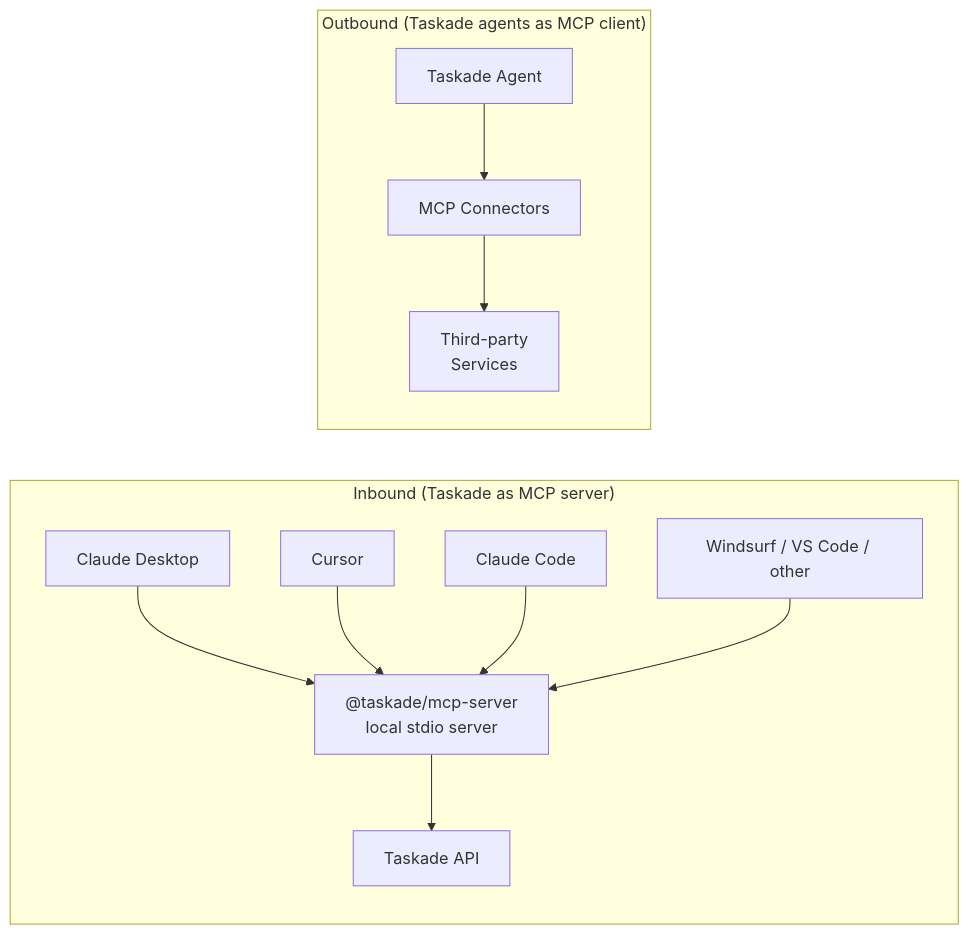
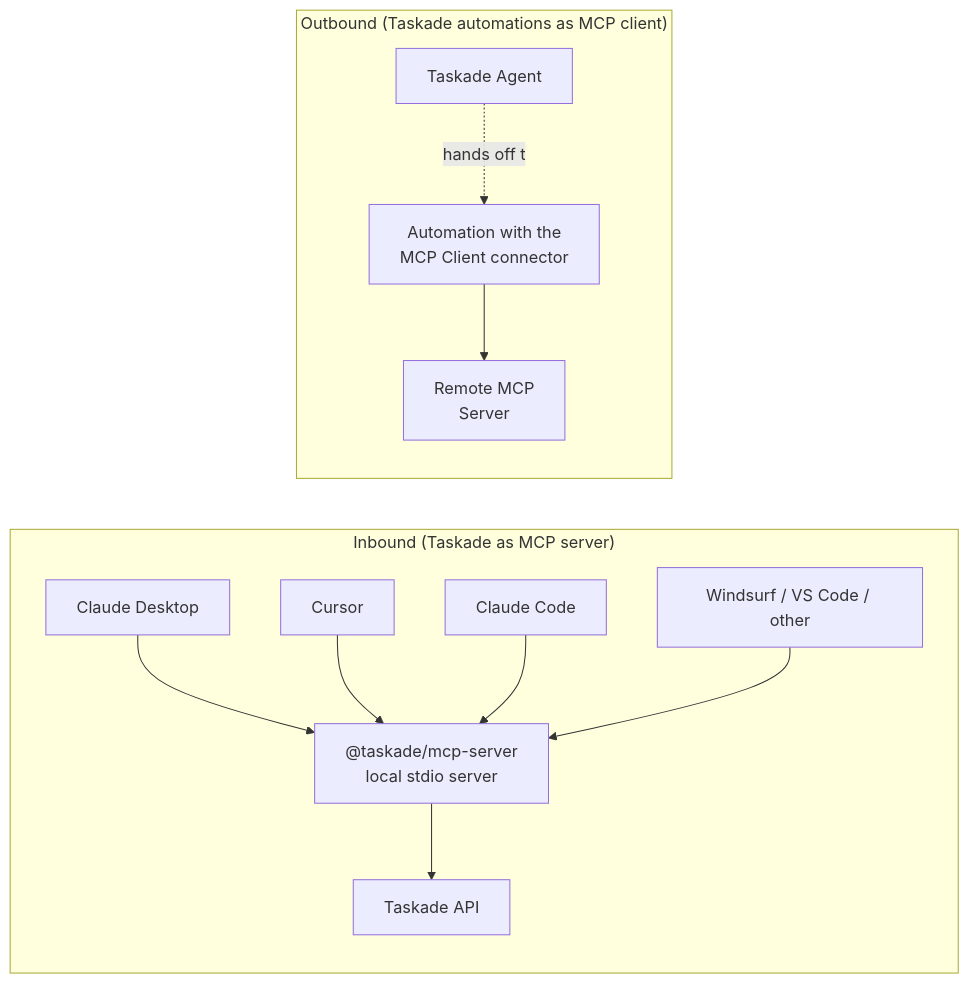
The diagram in apis-living-system-development/workspace-mcp-advanced.md (taskade/docs), drawn with Mermaid before and after one commit. The commit also changed other lines of this file and 99 other files, not shown here.

Commit message:
docs(agents): Add a Connect an AI Agent path and bring the developer and MCP pages up to date (#110)

````diff
--- a/apis-living-system-development/workspace-mcp-advanced.md
+++ b/apis-living-system-development/workspace-mcp-advanced.md
@@ -29,25 +14,25 @@
 ```mermaid
 graph LR
     subgraph "Inbound (Taskade as MCP server)"
         direction TB
         CLIENT1[Claude Desktop]
         CLIENT2[Cursor]
         CLIENT3[Claude Code]
         CLIENT4[Windsurf / VS Code / other]
         MCP_LOCAL["@taskade/mcp-server<br/>local stdio server"]
         CLIENT1 --> MCP_LOCAL
         CLIENT2 --> MCP_LOCAL
         CLIENT3 --> MCP_LOCAL
         CLIENT4 --> MCP_LOCAL
         MCP_LOCAL --> TASKADE_API[Taskade API]
     end
 
-    subgraph "Outbound (Taskade agents as MCP client)"
+    subgraph "Outbound (Taskade automations as MCP client)"
         direction TB
-        AGENT[Taskade Agent]
-        HOSTED[MCP Connectors]
-        EXTERNAL[Third-party<br/>Services]
-        AGENT --> HOSTED
-        HOSTED --> EXTERNAL
+        AGENT["Taskade Agent"]
+        FLOW["Automation with the<br/>MCP Client connector"]
+        EXTERNAL["Remote MCP<br/>Server"]
+        AGENT -.hands off to.-> FLOW
+        FLOW --> EXTERNAL
     end
 ```
````
